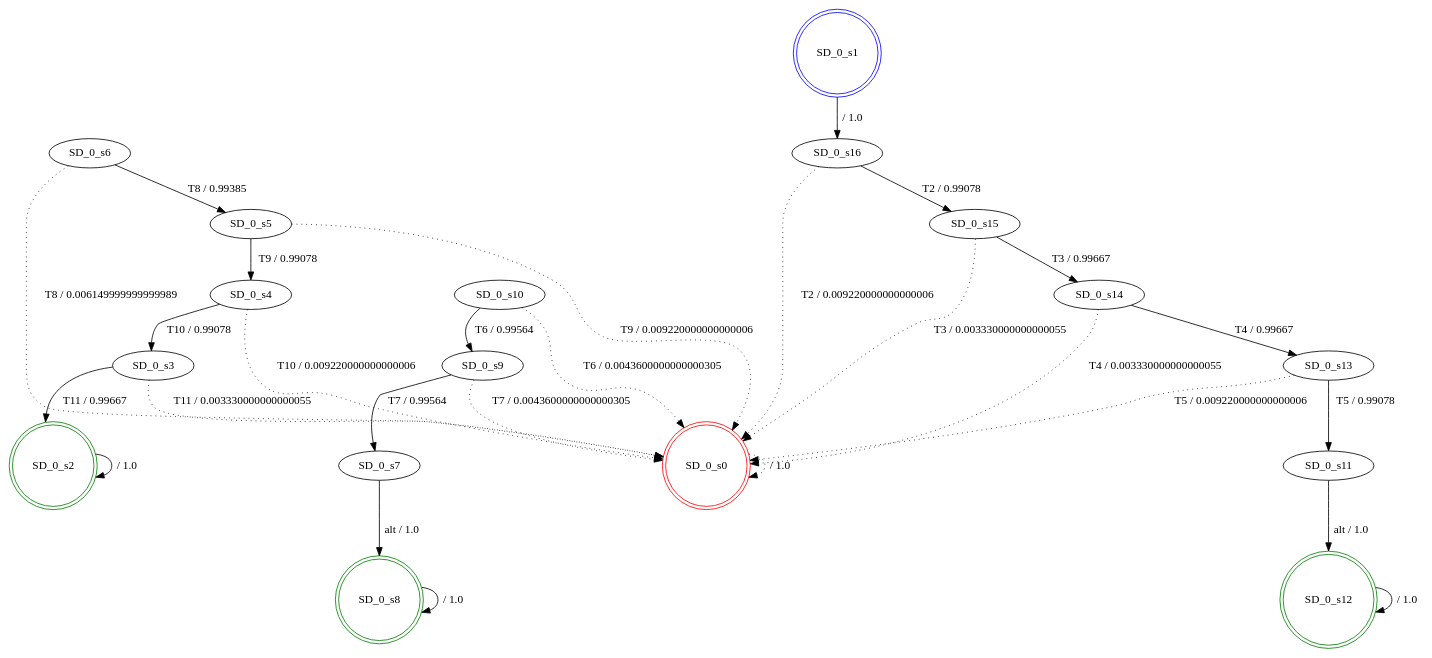
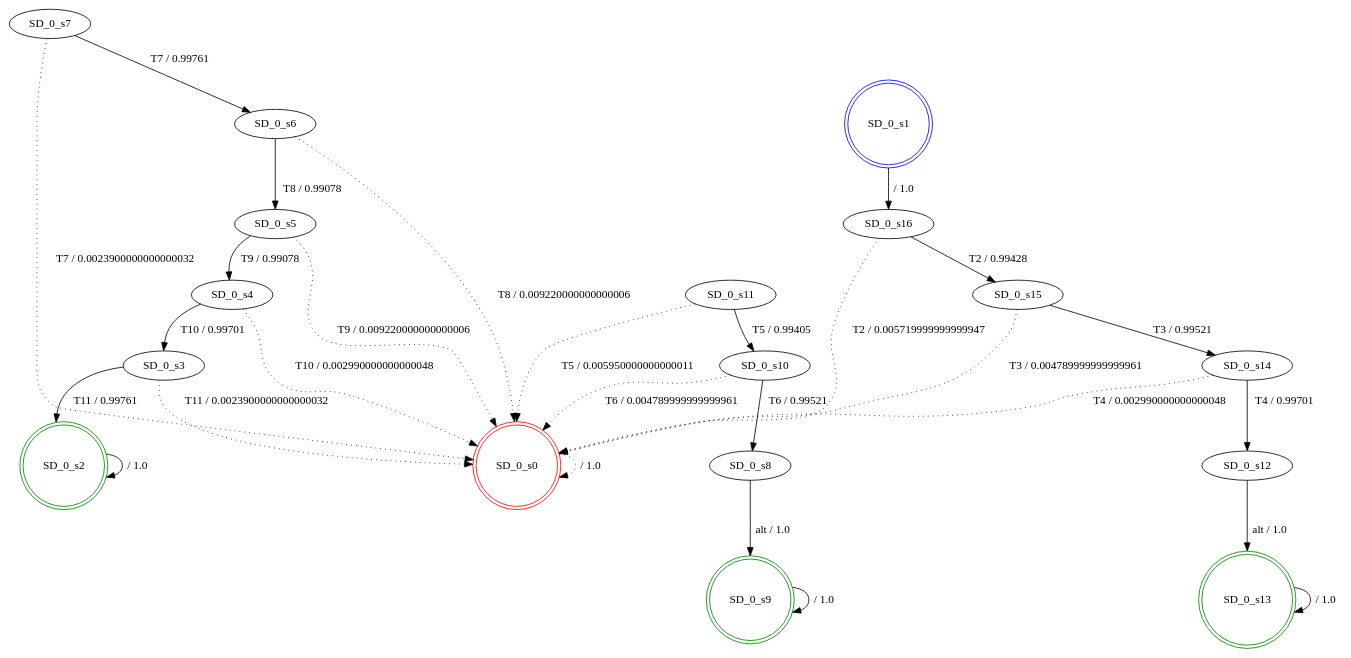
Before and after one commit to SPLMC/spl-generator: the diagram in src/results_joao/fdtmc_SD_0.dot, drawn with Graphviz. The commit also changed 12 other files, not shown here.

```diff
--- a/src/results_joao/fdtmc_SD_0.dot
+++ b/src/results_joao/fdtmc_SD_0.dot
@@ -1,46 +1,46 @@
 digraph graphname {
 SD_0_s0 [label="SD_0_s0",color=red,shape=doublecircle ];
 SD_0_s1 [label="SD_0_s1",color=blue,shape=doublecircle ];
 SD_0_s2 [label="SD_0_s2",color=green,shape=doublecircle ];
 SD_0_s3 [label="SD_0_s3" ];
 SD_0_s4 [label="SD_0_s4" ];
 SD_0_s5 [label="SD_0_s5" ];
 SD_0_s6 [label="SD_0_s6" ];
 SD_0_s7 [label="SD_0_s7" ];
-SD_0_s8 [label="SD_0_s8",color=green,shape=doublecircle ];
-SD_0_s9 [label="SD_0_s9" ];
+SD_0_s8 [label="SD_0_s8" ];
+SD_0_s9 [label="SD_0_s9",color=green,shape=doublecircle ];
 SD_0_s10 [label="SD_0_s10" ];
 SD_0_s11 [label="SD_0_s11" ];
-SD_0_s12 [label="SD_0_s12",color=green,shape=doublecircle ];
-SD_0_s13 [label="SD_0_s13" ];
+SD_0_s12 [label="SD_0_s12" ];
+SD_0_s13 [label="SD_0_s13",color=green,shape=doublecircle ];
 SD_0_s14 [label="SD_0_s14" ];
 SD_0_s15 [label="SD_0_s15" ];
 SD_0_s16 [label="SD_0_s16" ];
 SD_0_s0 -> SD_0_s0 [label=" / 1.0", style=dotted];
 SD_0_s1 -> SD_0_s16 [label=" / 1.0"];
 SD_0_s2 -> SD_0_s2 [label=" / 1.0"];
-SD_0_s3 -> SD_0_s2 [label="T11 / 0.99667"];
-SD_0_s3 -> SD_0_s0 [label="T11 / 0.003330000000000055", style=dotted];
-SD_0_s4 -> SD_0_s3 [label="T10 / 0.99078"];
-SD_0_s4 -> SD_0_s0 [label="T10 / 0.009220000000000006", style=dotted];
+SD_0_s3 -> SD_0_s2 [label="T11 / 0.99761"];
+SD_0_s3 -> SD_0_s0 [label="T11 / 0.0023900000000000032", style=dotted];
+SD_0_s4 -> SD_0_s3 [label="T10 / 0.99701"];
+SD_0_s4 -> SD_0_s0 [label="T10 / 0.002990000000000048", style=dotted];
 SD_0_s5 -> SD_0_s4 [label="T9 / 0.99078"];
 SD_0_s5 -> SD_0_s0 [label="T9 / 0.009220000000000006", style=dotted];
-SD_0_s6 -> SD_0_s5 [label="T8 / 0.99385"];
-SD_0_s6 -> SD_0_s0 [label="T8 / 0.006149999999999989", style=dotted];
-SD_0_s7 -> SD_0_s8 [label="alt / 1.0"];
-SD_0_s8 -> SD_0_s8 [label=" / 1.0"];
-SD_0_s9 -> SD_0_s7 [label="T7 / 0.99564"];
-SD_0_s9 -> SD_0_s0 [label="T7 / 0.0043600000000000305", style=dotted];
-SD_0_s10 -> SD_0_s9 [label="T6 / 0.99564"];
-SD_0_s10 -> SD_0_s0 [label="T6 / 0.0043600000000000305", style=dotted];
-SD_0_s11 -> SD_0_s12 [label="alt / 1.0"];
-SD_0_s12 -> SD_0_s12 [label=" / 1.0"];
-SD_0_s13 -> SD_0_s11 [label="T5 / 0.99078"];
-SD_0_s13 -> SD_0_s0 [label="T5 / 0.009220000000000006", style=dotted];
-SD_0_s14 -> SD_0_s13 [label="T4 / 0.99667"];
-SD_0_s14 -> SD_0_s0 [label="T4 / 0.003330000000000055", style=dotted];
-SD_0_s15 -> SD_0_s14 [label="T3 / 0.99667"];
-SD_0_s15 -> SD_0_s0 [label="T3 / 0.003330000000000055", style=dotted];
-SD_0_s16 -> SD_0_s15 [label="T2 / 0.99078"];
-SD_0_s16 -> SD_0_s0 [label="T2 / 0.009220000000000006", style=dotted];
+SD_0_s6 -> SD_0_s5 [label="T8 / 0.99078"];
+SD_0_s6 -> SD_0_s0 [label="T8 / 0.009220000000000006", style=dotted];
+SD_0_s7 -> SD_0_s6 [label="T7 / 0.99761"];
+SD_0_s7 -> SD_0_s0 [label="T7 / 0.0023900000000000032", style=dotted];
+SD_0_s8 -> SD_0_s9 [label="alt / 1.0"];
+SD_0_s9 -> SD_0_s9 [label=" / 1.0"];
+SD_0_s10 -> SD_0_s8 [label="T6 / 0.99521"];
+SD_0_s10 -> SD_0_s0 [label="T6 / 0.004789999999999961", style=dotted];
+SD_0_s11 -> SD_0_s10 [label="T5 / 0.99405"];
+SD_0_s11 -> SD_0_s0 [label="T5 / 0.005950000000000011", style=dotted];
+SD_0_s12 -> SD_0_s13 [label="alt / 1.0"];
+SD_0_s13 -> SD_0_s13 [label=" / 1.0"];
+SD_0_s14 -> SD_0_s12 [label="T4 / 0.99701"];
+SD_0_s14 -> SD_0_s0 [label="T4 / 0.002990000000000048", style=dotted];
+SD_0_s15 -> SD_0_s14 [label="T3 / 0.99521"];
+SD_0_s15 -> SD_0_s0 [label="T3 / 0.004789999999999961", style=dotted];
+SD_0_s16 -> SD_0_s15 [label="T2 / 0.99428"];
+SD_0_s16 -> SD_0_s0 [label="T2 / 0.005719999999999947", style=dotted];
 }
```
